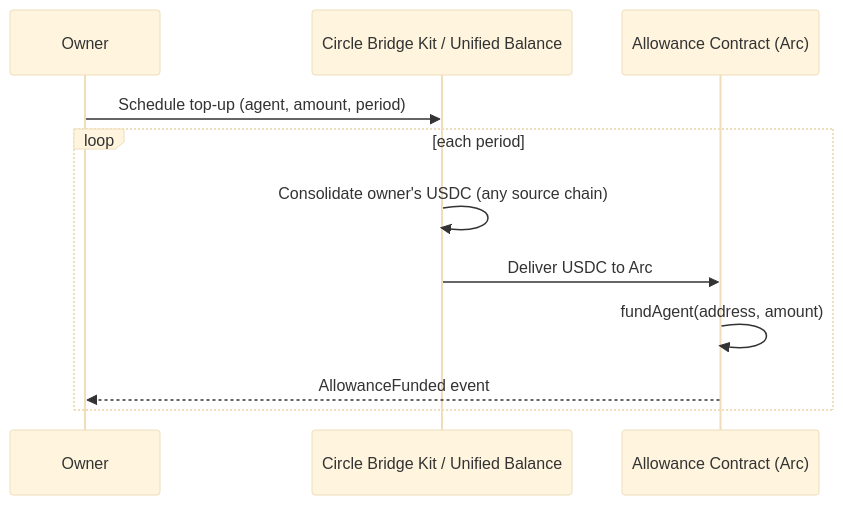
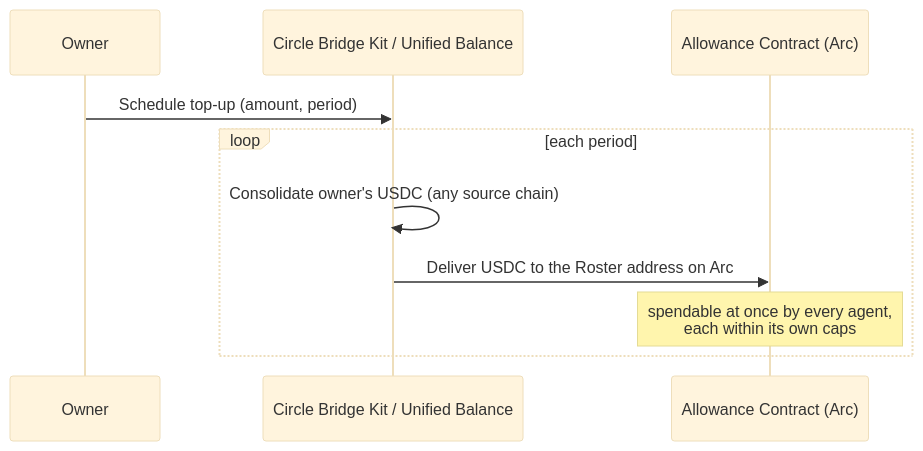
The seventh of 7 diagrams in docs/TECH-DESIGN.md (aiagentdev-1990/bursar), drawn with Mermaid (base theme) before and after one commit. The commit also changed other lines of this file and 47 other files, not shown here.

First line of the commit message:
Shared pool: agents spend from one balance, fundAgent removed

````diff
--- a/docs/TECH-DESIGN.md
+++ b/docs/TECH-DESIGN.md
@@ -258,14 +257,13 @@
 ```mermaid
 sequenceDiagram
     participant Owner
     participant BridgeKit as Circle Bridge Kit / Unified Balance
     participant Contract as Allowance Contract (Arc)
 
-    Owner->>BridgeKit: Schedule top-up (agent, amount, period)
+    Owner->>BridgeKit: Schedule top-up (amount, period)
     loop each period
         BridgeKit->>BridgeKit: Consolidate owner's USDC (any source chain)
-        BridgeKit->>Contract: Deliver USDC to Arc
-        Contract->>Contract: fundAgent(address, amount)
-        Contract-->>Owner: AllowanceFunded event
+        BridgeKit->>Contract: Deliver USDC to the Roster address on Arc
+        Note over Contract: spendable at once by every agent,<br/>each within its own caps
     end
 ```
````
